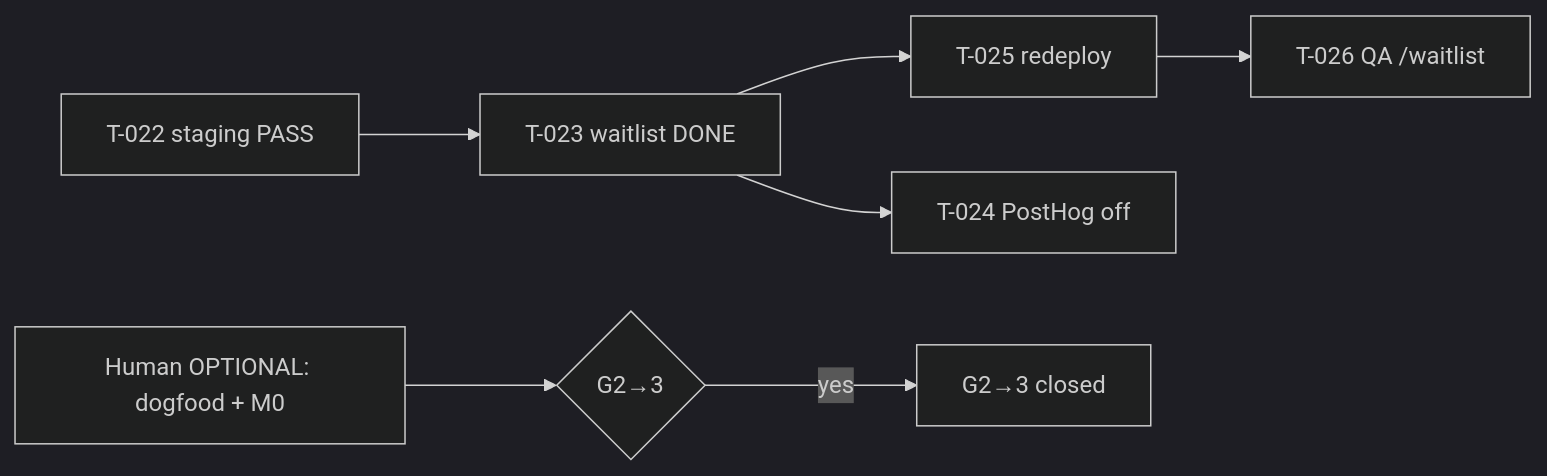
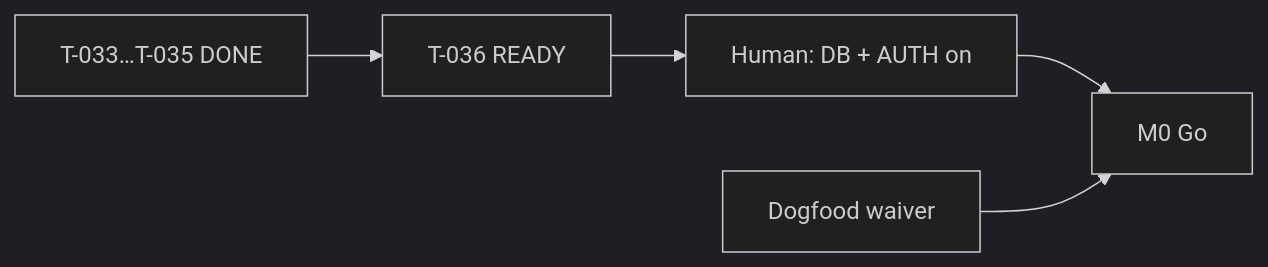
One commit to pagasbot-coder/Agent changed the diagram in quiet-partner/docs/team-assignments.md. Above: the diagram before and after it, drawn with Mermaid (dark theme). The commit also changed other lines of this file and 17 other files, not shown here.

Commit message:
feat(quiet-partner): Phase 5 prep — ADR-003, Drizzle schema, auth scaffold

````diff
--- a/quiet-partner/docs/team-assignments.md
+++ b/quiet-partner/docs/team-assignments.md
@@ -101,9 +60,7 @@
 ```mermaid
 flowchart LR
-  H[Human OPTIONAL: dogfood + M0] --> G{G2→3}
-  S[T-022 staging PASS] --> W[T-023 waitlist DONE]
-  W --> R[T-025 redeploy]
-  R --> QA6[T-026 QA /waitlist]
-  W --> P[T-024 PostHog off]
-  G -->|yes| Close[G2→3 closed]
+  P5[T-033…T-035 DONE] --> T36[T-036 READY]
+  T36 --> H[Human: DB + AUTH on]
+  H --> M0[M0 Go]
+  D[Dogfood waiver] --> M0
 ```
````
